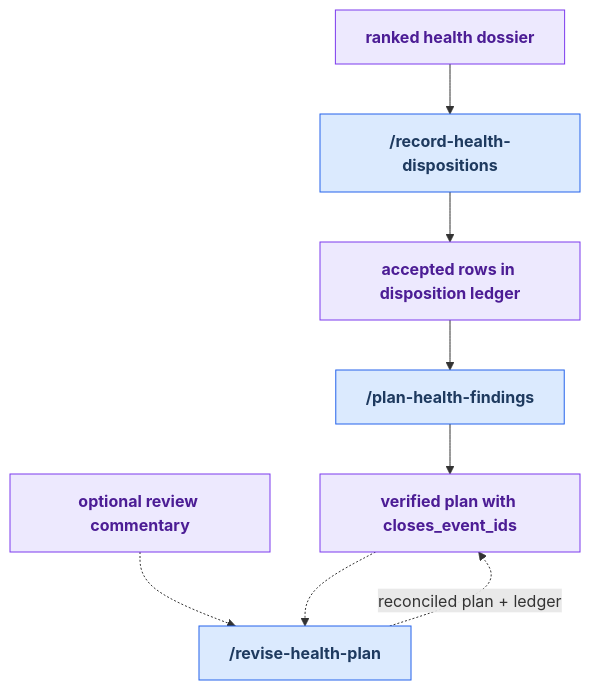
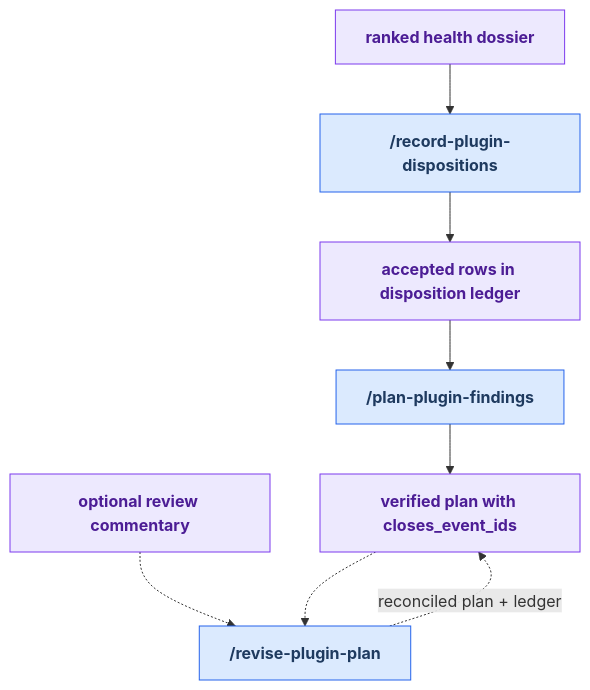
The diagram in docs/maintainer-tooling/decide.md (russell-laing/al-dev-shared), drawn with Mermaid before and after one commit. The commit also changed other lines of this file and 57 other files, not shown here.

Commit message:
🚚 move(skills): health-loop family → verb-plugin convention (8 skills)

````diff
--- a/docs/maintainer-tooling/decide.md
+++ b/docs/maintainer-tooling/decide.md
@@ -49,26 +49,26 @@
 ```mermaid
 flowchart TD
     classDef userSkill fill:#dbeafe,stroke:#2563eb,color:#1e3a5f,font-weight:bold
     classDef artifact fill:#ede9fe,stroke:#7c3aed,color:#4c1d95,font-weight:bold
 
     art_dossier["ranked health dossier"]
-    skill_record_health_dispositions["/record-health-dispositions"]
+    skill_record_health_dispositions["/record-plugin-dispositions"]
     art_ledger["accepted rows in disposition ledger"]
-    skill_plan_health_findings["/plan-health-findings"]
+    skill_plan_health_findings["/plan-plugin-findings"]
     art_plan["verified plan with closes_event_ids"]
     art_commentary["optional review commentary"]
-    skill_revise_health_plan["/revise-health-plan"]
+    skill_revise_health_plan["/revise-plugin-plan"]
 
     art_dossier --> skill_record_health_dispositions
     skill_record_health_dispositions --> art_ledger
     art_ledger --> skill_plan_health_findings
     skill_plan_health_findings --> art_plan
     art_commentary -.-> skill_revise_health_plan
     art_plan -.-> skill_revise_health_plan
     skill_revise_health_plan -. "reconciled plan + ledger" .-> art_plan
 
     class skill_record_health_dispositions userSkill
     class skill_plan_health_findings userSkill
     class skill_revise_health_plan userSkill
     class art_dossier,art_ledger,art_plan,art_commentary artifact
 ```
````
